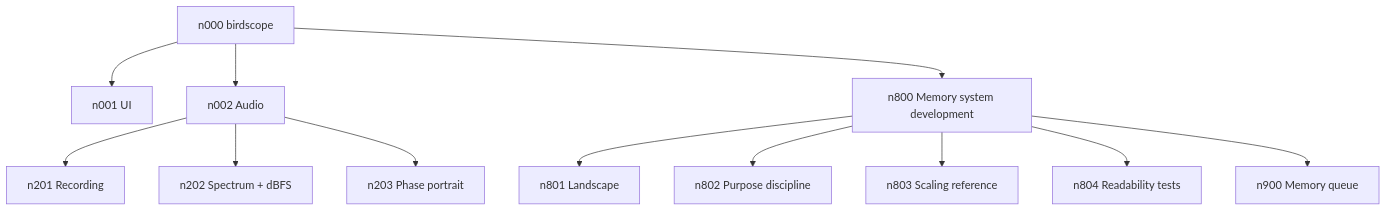
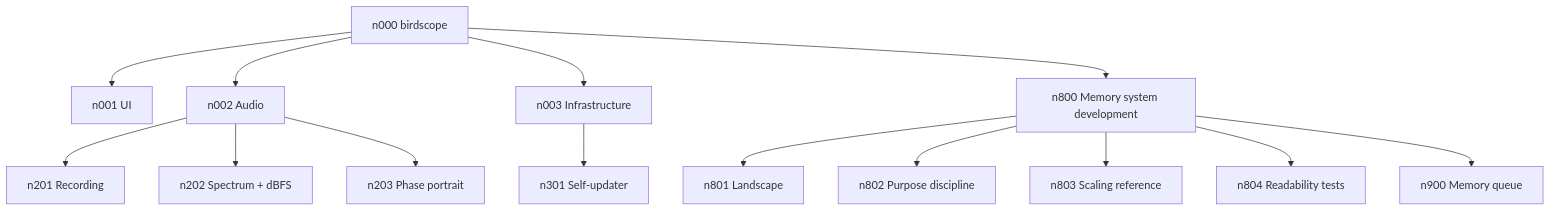
Before and after one commit to iamweasel89/birdscope: the diagram in memory/overview.md, drawn with Mermaid. The commit also changed other lines of this file and 4 other files, not shown here.

Commit message:
memory: Infra branch (n003), Self-updater leaf (n301 done), n804 logs DeepSeek attempt 3 success

````diff
--- a/memory/overview.md
+++ b/memory/overview.md
@@ -9,27 +9,31 @@
 ```mermaid
 graph TD
     n000[n000 birdscope]
     n001[n001 UI]
     n002[n002 Audio]
+    n003[n003 Infrastructure]
     n800[n800 Memory system development]
     n201[n201 Recording]
     n202[n202 Spectrum + dBFS]
     n203[n203 Phase portrait]
+    n301[n301 Self-updater]
     n801[n801 Landscape]
     n802[n802 Purpose discipline]
     n803[n803 Scaling reference]
     n804[n804 Readability tests]
     n900[n900 Memory queue]
 
     n000 --> n001
     n000 --> n002
+    n000 --> n003
     n000 --> n800
     n002 --> n201
     n002 --> n202
     n002 --> n203
+    n003 --> n301
     n800 --> n801
     n800 --> n802
     n800 --> n803
     n800 --> n804
     n800 --> n900
 ```
````
